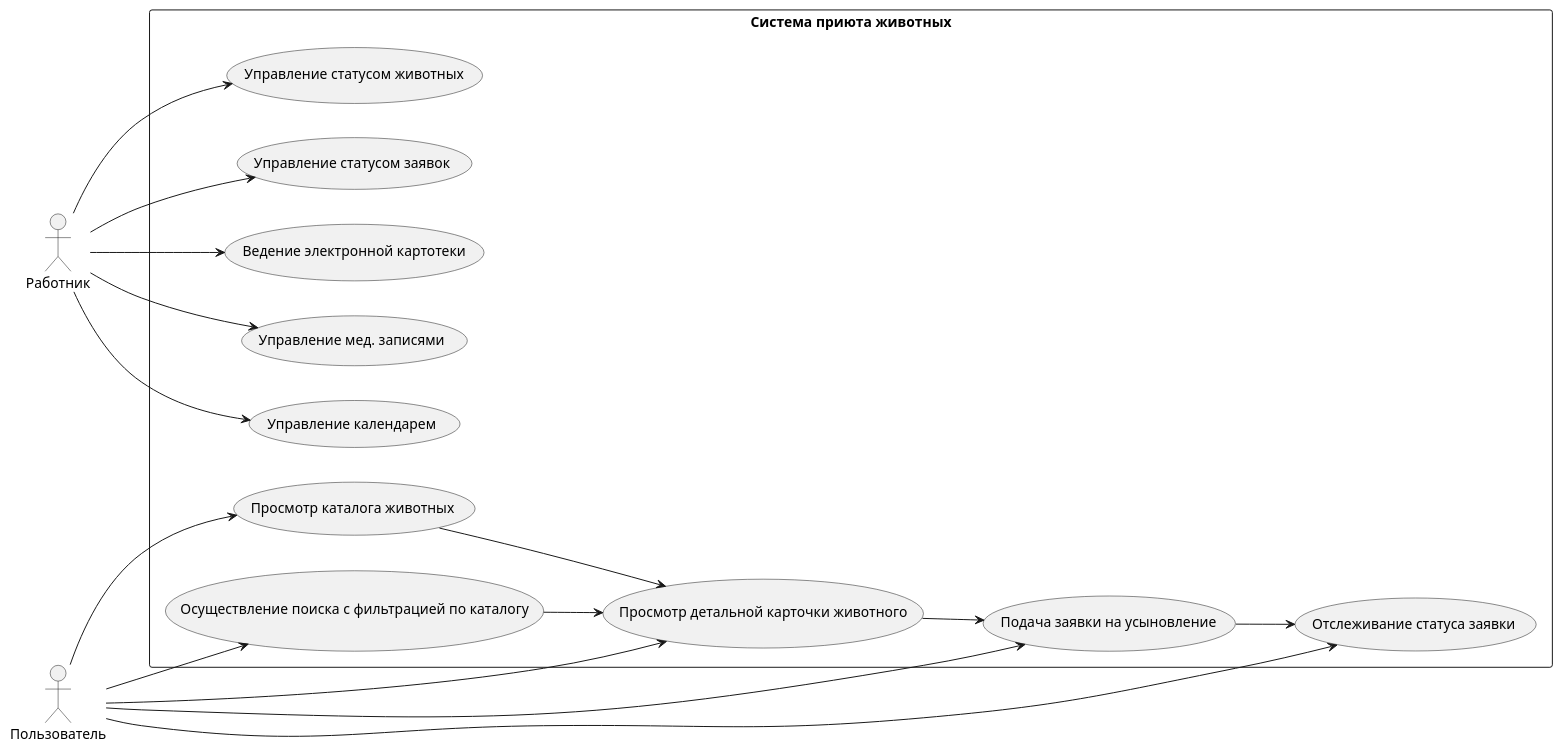
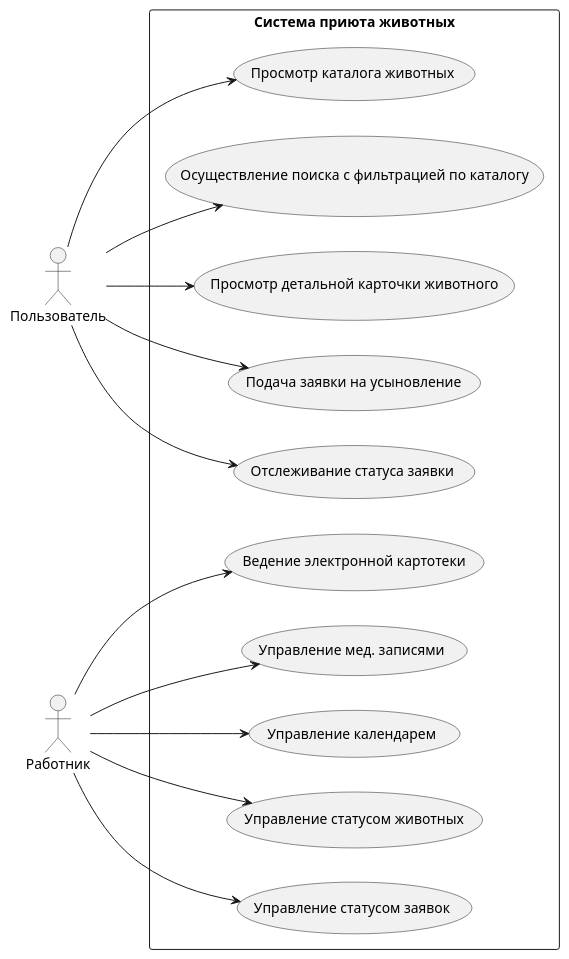
The diagram in docs/UseCase.puml (Kurabuba/InfLab), drawn with PlantUML before and after one commit.

```diff
--- a/docs/UseCase.puml
+++ b/docs/UseCase.puml
@@ -1,38 +1,34 @@
 @startuml
 left to right direction
 
 actor "Пользователь" as User
 actor "Работник" as Employee
 
 rectangle "Система приюта животных" {
   usecase "Просмотр каталога животных" as UC1
   usecase "Осуществление поиска с фильтрацией по каталогу" as UC2
   usecase "Просмотр детальной карточки животного" as UC3
   usecase "Подача заявки на усыновление" as UC4
   usecase "Отслеживание статуса заявки" as UC5
   
   usecase "Ведение электронной картотеки" as UC6
   usecase "Управление мед. записями" as UC7
   usecase "Управление календарем" as UC8
   usecase "Управление статусом животных" as UC9
   usecase "Управление статусом заявок" as UC10
 }
 
 User --> UC1
 User --> UC2
 User --> UC3
 User --> UC4
 User --> UC5
 
 Employee --> UC6
 Employee --> UC7
 Employee --> UC8
 Employee --> UC9
 Employee --> UC10
 
-UC1 --> UC3
-UC2 --> UC3
-UC3 --> UC4
-UC4 --> UC5
 
 @enduml
```
